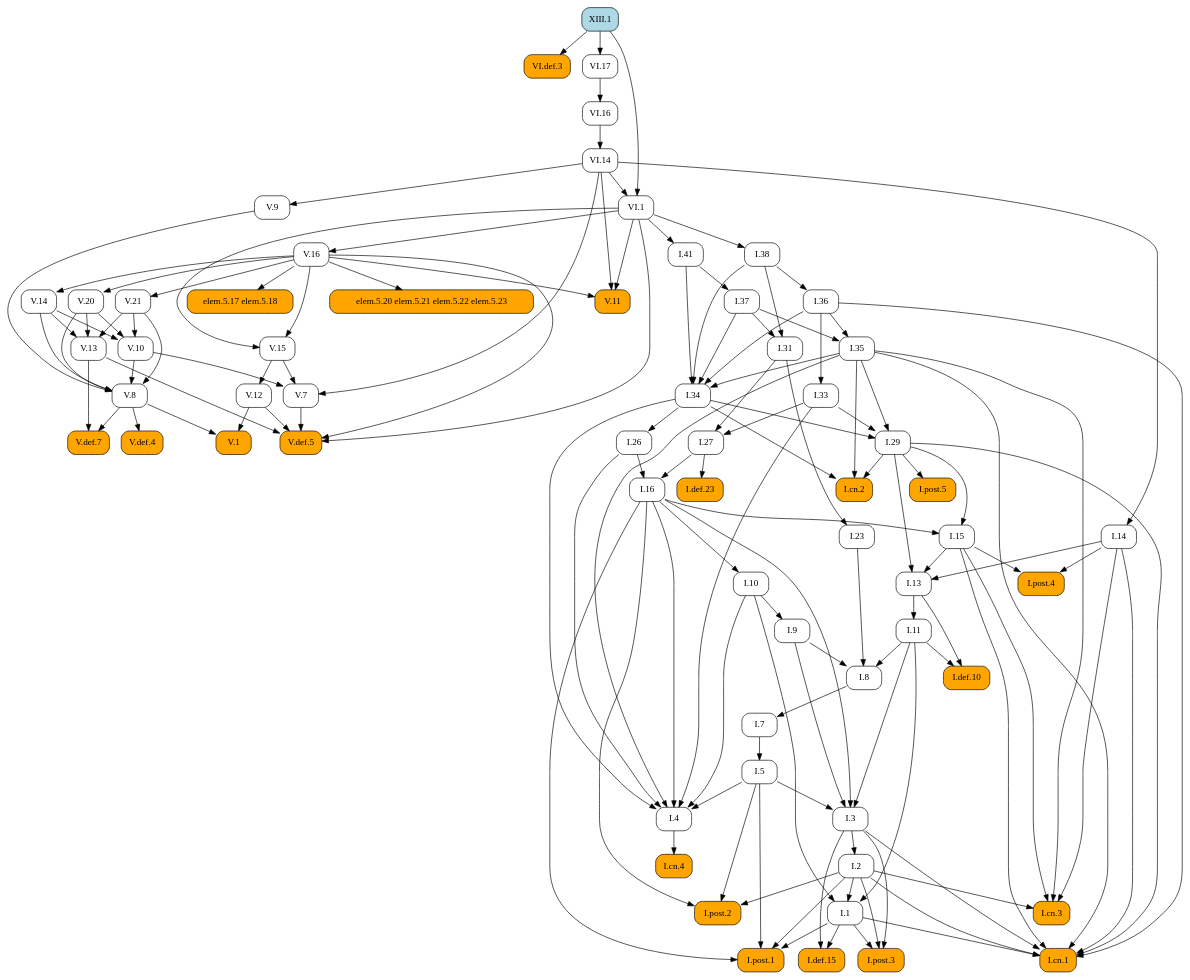
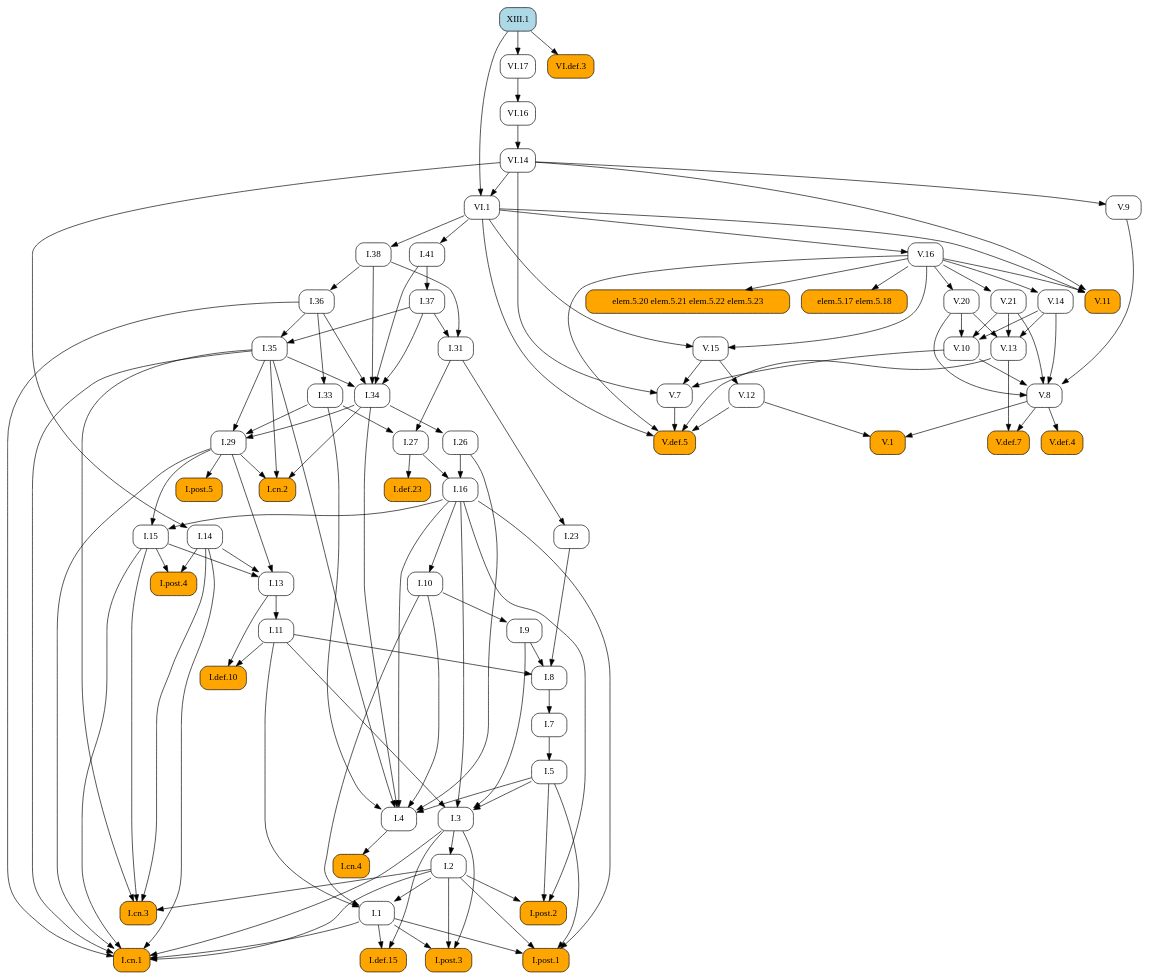
The diagram in docsrc/heath/XIII/1/index.rst (geometor/elements), drawn with Graphviz before and after one commit. The commit also changed other lines of this file and 1029 other files, not shown here.

```diff
--- a/docsrc/heath/XIII/1/index.rst
+++ b/docsrc/heath/XIII/1/index.rst
@@ -51,182 +51,109 @@
    digraph {
      rankdir="TB";
      node [shape=box, style=rounded];
-     "V.1" [style="rounded,filled", fillcolor=orange, URL="/heath/V/1/", target="_top"];
+     "I.def.10" [style="rounded,filled", fillcolor=orange, URL="/heath/I/def.10/", target="_top"];
+     "I.11" [URL="/heath/I/11/", target="_top"];
+     "I.post.4" [style="rounded,filled", fillcolor=orange, URL="/heath/I/post.4/", target="_top"];
+     "I.1" [URL="/heath/I/1/", target="_top"];
+     "I.26" [URL="/heath/I/26/", target="_top"];
+     "V.14" [URL="/heath/V/14/", target="_top"];
+     "V.def.5" [style="rounded,filled", fillcolor=orange, URL="/heath/V/def.5/", target="_top"];
+     "I.29" [URL="/heath/I/29/", target="_top"];
+     "V.12" [URL="/heath/V/12/", target="_top"];
+     "I.cn.2" [style="rounded,filled", fillcolor=orange, URL="/heath/I/cn.2/", target="_top"];
+     "V.20" [URL="/heath/V/20/", target="_top"];
+     "V.10" [URL="/heath/V/10/", target="_top"];
+     "V.11" [style="rounded,filled", fillcolor=orange, URL="/heath/V/11/", target="_top"];
+     "V.13" [URL="/heath/V/13/", target="_top"];
+     "I.def.15" [style="rounded,filled", fillcolor=orange, URL="/heath/I/def.15/", target="_top"];
+     "V.15" [URL="/heath/V/15/", target="_top"];
+     "VI.1" [URL="/heath/VI/1/", target="_top"];
+     "I.post.3" [style="rounded,filled", fillcolor=orange, URL="/heath/I/post.3/", target="_top"];
+     "I.cn.1" [style="rounded,filled", fillcolor=orange, URL="/heath/I/cn.1/", target="_top"];
      "I.cn.3" [style="rounded,filled", fillcolor=orange, URL="/heath/I/cn.3/", target="_top"];
-     "I.29" [URL="/heath/I/29/", target="_top"];
-     "I.7" [URL="/heath/I/7/", target="_top"];
+     "V.7" [URL="/heath/V/7/", target="_top"];
+     "VI.17" [URL="/heath/VI/17/", target="_top"];
+     "I.14" [URL="/heath/I/14/", target="_top"];
+     "V.16" [URL="/heath/V/16/", target="_top"];
+     "V.9" [URL="/heath/V/9/", target="_top"];
+     "I.23" [URL="/heath/I/23/", target="_top"];
+     "XIII.1" [style="rounded,filled", fillcolor=lightblue, URL="/heath/XIII/1/", target="_top"];
+     "I.post.1" [style="rounded,filled", fillcolor=orange, URL="/heath/I/post.1/", target="_top"];
+     "I.35" [URL="/heath/I/35/", target="_top"];
+     "I.41" [URL="/heath/I/41/", target="_top"];
+     "I.36" [URL="/heath/I/36/", target="_top"];
      "I.27" [URL="/heath/I/27/", target="_top"];
-     "I.38" [URL="/heath/I/38/", target="_top"];
-     "V.16" [URL="/heath/V/16/", target="_top"];
-     "V.15" [URL="/heath/V/15/", target="_top"];
+     "V.8" [URL="/heath/V/8/", target="_top"];
      "I.37" [URL="/heath/I/37/", target="_top"];
      "I.34" [URL="/heath/I/34/", target="_top"];
-     "V.20" [URL="/heath/V/20/", target="_top"];
+     "I.7" [URL="/heath/I/7/", target="_top"];
+     "I.3" [URL="/heath/I/3/", target="_top"];
+     "I.2" [URL="/heath/I/2/", target="_top"];
+     "I.4" [URL="/heath/I/4/", target="_top"];
+     "I.def.23" [style="rounded,filled", fillcolor=orange, URL="/heath/I/def.23/", target="_top"];
+     "I.13" [URL="/heath/I/13/", target="_top"];
+     "I.33" [URL="/heath/I/33/", target="_top"];
+     "I.31" [URL="/heath/I/31/", target="_top"];
+     "I.post.2" [style="rounded,filled", fillcolor=orange, URL="/heath/I/post.2/", target="_top"];
+     "V.1" [style="rounded,filled", fillcolor=orange, URL="/heath/V/1/", target="_top"];
+     "I.16" [URL="/heath/I/16/", target="_top"];
+     "elem.5.20 elem.5.21 elem.5.22 elem.5.23" [style="rounded,filled", fillcolor=orange];
+     "elem.5.17 elem.5.18" [style="rounded,filled", fillcolor=orange];
+     "VI.def.3" [style="rounded,filled", fillcolor=orange, URL="/heath/VI/def.3/", target="_top"];
+     "I.9" [URL="/heath/I/9/", target="_top"];
      "I.8" [URL="/heath/I/8/", target="_top"];
-     "I.def.23" [style="rounded,filled", fillcolor=orange, URL="/heath/I/def.23/", target="_top"];
-     "I.9" [URL="/heath/I/9/", target="_top"];
+     "I.cn.4" [style="rounded,filled", fillcolor=orange, URL="/heath/I/cn.4/", target="_top"];
+     "VI.16" [URL="/heath/VI/16/", target="_top"];
+     "VI.14" [URL="/heath/VI/14/", target="_top"];
      "V.def.4" [style="rounded,filled", fillcolor=orange, URL="/heath/V/def.4/", target="_top"];
+     "I.15" [URL="/heath/I/15/", target="_top"];
+     "I.post.5" [style="rounded,filled", fillcolor=orange, URL="/heath/I/post.5/", target="_top"];
+     "I.38" [URL="/heath/I/38/", target="_top"];
+     "V.def.7" [style="rounded,filled", fillcolor=orange, URL="/heath/V/def.7/", target="_top"];
+     "I.10" [URL="/heath/I/10/", target="_top"];
+     "I.5" [URL="/heath/I/5/", target="_top"];
      "V.21" [URL="/heath/V/21/", target="_top"];
-     "VI.def.3" [style="rounded,filled", fillcolor=orange, URL="/heath/VI/def.3/", target="_top"];
-     "V.8" [URL="/heath/V/8/", target="_top"];
-     "I.post.4" [style="rounded,filled", fillcolor=orange, URL="/heath/I/post.4/", target="_top"];
-     "I.2" [URL="/heath/I/2/", target="_top"];
-     "V.7" [URL="/heath/V/7/", target="_top"];
-     "I.1" [URL="/heath/I/1/", target="_top"];
-     "I.def.15" [style="rounded,filled", fillcolor=orange, URL="/heath/I/def.15/", target="_top"];
-     "V.13" [URL="/heath/V/13/", target="_top"];
-     "I.post.1" [style="rounded,filled", fillcolor=orange, URL="/heath/I/post.1/", target="_top"];
-     "VI.17" [URL="/heath/VI/17/", target="_top"];
-     "VI.14" [URL="/heath/VI/14/", target="_top"];
-     "I.cn.4" [style="rounded,filled", fillcolor=orange, URL="/heath/I/cn.4/", target="_top"];
-     "I.26" [URL="/heath/I/26/", target="_top"];
-     "I.33" [URL="/heath/I/33/", target="_top"];
-     "V.def.7" [style="rounded,filled", fillcolor=orange, URL="/heath/V/def.7/", target="_top"];
-     "elem.5.20 elem.5.21 elem.5.22 elem.5.23" [style="rounded,filled", fillcolor=orange];
-     "I.23" [URL="/heath/I/23/", target="_top"];
-     "I.13" [URL="/heath/I/13/", target="_top"];
-     "I.cn.2" [style="rounded,filled", fillcolor=orange, URL="/heath/I/cn.2/", target="_top"];
-     "I.5" [URL="/heath/I/5/", target="_top"];
-     "I.11" [URL="/heath/I/11/", target="_top"];
-     "V.10" [URL="/heath/V/10/", target="_top"];
-     "I.10" [URL="/heath/I/10/", target="_top"];
-     "I.4" [URL="/heath/I/4/", target="_top"];
-     "I.3" [URL="/heath/I/3/", target="_top"];
-     "I.16" [URL="/heath/I/16/", target="_top"];
-     "VI.16" [URL="/heath/VI/16/", target="_top"];
-     "I.31" [URL="/heath/I/31/", target="_top"];
-     "I.def.10" [style="rounded,filled", fillcolor=orange, URL="/heath/I/def.10/", target="_top"];
-     "V.11" [style="rounded,filled", fillcolor=orange, URL="/heath/V/11/", target="_top"];
-     "I.post.2" [style="rounded,filled", fillcolor=orange, URL="/heath/I/post.2/", target="_top"];
-     "I.post.3" [style="rounded,filled", fillcolor=orange, URL="/heath/I/post.3/", target="_top"];
-     "VI.1" [URL="/heath/VI/1/", target="_top"];
-     "V.9" [URL="/heath/V/9/", target="_top"];
-     "I.post.5" [style="rounded,filled", fillcolor=orange, URL="/heath/I/post.5/", target="_top"];
-     "elem.5.17 elem.5.18" [style="rounded,filled", fillcolor=orange];
-     "I.14" [URL="/heath/I/14/", target="_top"];
-     "I.36" [URL="/heath/I/36/", target="_top"];
-     "V.12" [URL="/heath/V/12/", target="_top"];
-     "I.35" [URL="/heath/I/35/", target="_top"];
-     "I.15" [URL="/heath/I/15/", target="_top"];
-     "I.cn.1" [style="rounded,filled", fillcolor=orange, URL="/heath/I/cn.1/", target="_top"];
-     "I.41" [URL="/heath/I/41/", target="_top"];
-     "XIII.1" [style="rounded,filled", fillcolor=lightblue, URL="/heath/XIII/1/", target="_top"];
-     "V.def.5" [style="rounded,filled", fillcolor=orange, URL="/heath/V/def.5/", target="_top"];
-     "V.14" [URL="/heath/V/14/", target="_top"];
-     "V.8" -> "V.1";
-     "V.12" -> "V.1";
-     "I.2" -> "I.cn.3";
-     "I.14" -> "I.cn.3";
-     "I.15" -> "I.cn.3";
-     "I.35" -> "I.cn.3";
+     "I.11" -> "I.def.10";
+     "I.13" -> "I.def.10";
+     "I.13" -> "I.11";
+     "I.14" -> "I.post.4";
+     "I.15" -> "I.post.4";
+     "I.2" -> "I.1";
+     "I.10" -> "I.1";
+     "I.11" -> "I.1";
+     "I.34" -> "I.26";
+     "V.16" -> "V.14";
+     "V.7" -> "V.def.5";
+     "V.12" -> "V.def.5";
+     "V.13" -> "V.def.5";
+     "V.16" -> "V.def.5";
+     "VI.1" -> "V.def.5";
      "I.33" -> "I.29";
      "I.34" -> "I.29";
      "I.35" -> "I.29";
-     "I.8" -> "I.7";
-     "I.31" -> "I.27";
-     "I.33" -> "I.27";
-     "VI.1" -> "I.38";
-     "VI.1" -> "V.16";
-     "V.16" -> "V.15";
-     "VI.1" -> "V.15";
-     "I.41" -> "I.37";
-     "I.35" -> "I.34";
-     "I.36" -> "I.34";
-     "I.37" -> "I.34";
-     "I.38" -> "I.34";
-     "I.41" -> "I.34";
+     "V.15" -> "V.12";
+     "I.29" -> "I.cn.2";
+     "I.34" -> "I.cn.2";
+     "I.35" -> "I.cn.2";
      "V.16" -> "V.20";
-     "I.9" -> "I.8";
-     "I.11" -> "I.8";
-     "I.23" -> "I.8";
-     "I.27" -> "I.def.23";
-     "I.10" -> "I.9";
-     "V.8" -> "V.def.4";
-     "V.16" -> "V.21";
-     "XIII.1" -> "VI.def.3";
-     "V.9" -> "V.8";
-     "V.10" -> "V.8";
-     "V.14" -> "V.8";
-     "V.20" -> "V.8";
-     "V.21" -> "V.8";
-     "I.14" -> "I.post.4";
-     "I.15" -> "I.post.4";
-     "I.3" -> "I.2";
-     "V.10" -> "V.7";
-     "V.15" -> "V.7";
-     "VI.14" -> "V.7";
-     "I.2" -> "I.1";
-     "I.10" -> "I.1";
-     "I.11" -> "I.1";
-     "I.1" -> "I.def.15";
-     "I.3" -> "I.def.15";
+     "V.14" -> "V.10";
+     "V.20" -> "V.10";
+     "V.21" -> "V.10";
+     "V.16" -> "V.11";
+     "VI.1" -> "V.11";
+     "VI.14" -> "V.11";
      "V.14" -> "V.13";
      "V.20" -> "V.13";
      "V.21" -> "V.13";
-     "I.1" -> "I.post.1";
-     "I.2" -> "I.post.1";
-     "I.5" -> "I.post.1";
-     "I.16" -> "I.post.1";
-     "XIII.1" -> "VI.17";
-     "VI.16" -> "VI.14";
-     "I.4" -> "I.cn.4";
-     "I.34" -> "I.26";
-     "I.36" -> "I.33";
-     "V.8" -> "V.def.7";
-     "V.13" -> "V.def.7";
-     "V.16" -> "elem.5.20 elem.5.21 elem.5.22 elem.5.23";
-     "I.31" -> "I.23";
-     "I.14" -> "I.13";
-     "I.15" -> "I.13";
-     "I.29" -> "I.13";
-     "I.29" -> "I.cn.2";
-     "I.34" -> "I.cn.2";
-     "I.35" -> "I.cn.2";
-     "I.7" -> "I.5";
-     "I.13" -> "I.11";
-     "V.14" -> "V.10";
-     "V.20" -> "V.10";
-     "V.21" -> "V.10";
-     "I.16" -> "I.10";
-     "I.5" -> "I.4";
-     "I.10" -> "I.4";
-     "I.16" -> "I.4";
-     "I.26" -> "I.4";
-     "I.33" -> "I.4";
-     "I.34" -> "I.4";
-     "I.35" -> "I.4";
-     "I.5" -> "I.3";
-     "I.9" -> "I.3";
-     "I.11" -> "I.3";
-     "I.16" -> "I.3";
-     "I.26" -> "I.16";
-     "I.27" -> "I.16";
-     "VI.17" -> "VI.16";
-     "I.37" -> "I.31";
-     "I.38" -> "I.31";
-     "I.11" -> "I.def.10";
-     "I.13" -> "I.def.10";
-     "V.16" -> "V.11";
-     "VI.1" -> "V.11";
-     "VI.14" -> "V.11";
-     "I.2" -> "I.post.2";
-     "I.5" -> "I.post.2";
-     "I.16" -> "I.post.2";
+     "I.1" -> "I.def.15";
+     "I.3" -> "I.def.15";
+     "V.16" -> "V.15";
+     "VI.1" -> "V.15";
+     "VI.14" -> "VI.1";
+     "XIII.1" -> "VI.1";
      "I.1" -> "I.post.3";
      "I.2" -> "I.post.3";
      "I.3" -> "I.post.3";
-     "VI.14" -> "VI.1";
-     "XIII.1" -> "VI.1";
-     "VI.14" -> "V.9";
-     "I.29" -> "I.post.5";
-     "V.16" -> "elem.5.17 elem.5.18";
-     "VI.14" -> "I.14";
-     "I.38" -> "I.36";
-     "V.15" -> "V.12";
-     "I.36" -> "I.35";
-     "I.37" -> "I.35";
-     "I.16" -> "I.15";
-     "I.29" -> "I.15";
      "I.1" -> "I.cn.1";
      "I.2" -> "I.cn.1";
      "I.3" -> "I.cn.1";
@@ -235,11 +162,84 @@
      "I.29" -> "I.cn.1";
      "I.35" -> "I.cn.1";
      "I.36" -> "I.cn.1";
+     "I.2" -> "I.cn.3";
+     "I.14" -> "I.cn.3";
+     "I.15" -> "I.cn.3";
+     "I.35" -> "I.cn.3";
+     "V.10" -> "V.7";
+     "V.15" -> "V.7";
+     "VI.14" -> "V.7";
+     "XIII.1" -> "VI.17";
+     "VI.14" -> "I.14";
+     "VI.1" -> "V.16";
+     "VI.14" -> "V.9";
+     "I.31" -> "I.23";
+     "I.1" -> "I.post.1";
+     "I.2" -> "I.post.1";
+     "I.5" -> "I.post.1";
+     "I.16" -> "I.post.1";
+     "I.36" -> "I.35";
+     "I.37" -> "I.35";
      "VI.1" -> "I.41";
-     "V.7" -> "V.def.5";
-     "V.12" -> "V.def.5";
-     "V.13" -> "V.def.5";
-     "V.16" -> "V.def.5";
-     "VI.1" -> "V.def.5";
-     "V.16" -> "V.14";
+     "I.38" -> "I.36";
+     "I.31" -> "I.27";
+     "I.33" -> "I.27";
+     "V.9" -> "V.8";
+     "V.10" -> "V.8";
+     "V.14" -> "V.8";
+     "V.20" -> "V.8";
+     "V.21" -> "V.8";
+     "I.41" -> "I.37";
+     "I.35" -> "I.34";
+     "I.36" -> "I.34";
+     "I.37" -> "I.34";
+     "I.38" -> "I.34";
+     "I.41" -> "I.34";
+     "I.8" -> "I.7";
+     "I.5" -> "I.3";
+     "I.9" -> "I.3";
+     "I.11" -> "I.3";
+     "I.16" -> "I.3";
+     "I.3" -> "I.2";
+     "I.5" -> "I.4";
+     "I.10" -> "I.4";
+     "I.16" -> "I.4";
+     "I.26" -> "I.4";
+     "I.33" -> "I.4";
+     "I.34" -> "I.4";
+     "I.35" -> "I.4";
+     "I.27" -> "I.def.23";
+     "I.14" -> "I.13";
+     "I.15" -> "I.13";
+     "I.29" -> "I.13";
+     "I.36" -> "I.33";
+     "I.37" -> "I.31";
+     "I.38" -> "I.31";
+     "I.2" -> "I.post.2";
+     "I.5" -> "I.post.2";
+     "I.16" -> "I.post.2";
+     "V.8" -> "V.1";
+     "V.12" -> "V.1";
+     "I.26" -> "I.16";
+     "I.27" -> "I.16";
+     "V.16" -> "elem.5.20 elem.5.21 elem.5.22 elem.5.23";
+     "V.16" -> "elem.5.17 elem.5.18";
+     "XIII.1" -> "VI.def.3";
+     "I.10" -> "I.9";
+     "I.9" -> "I.8";
+     "I.11" -> "I.8";
+     "I.23" -> "I.8";
+     "I.4" -> "I.cn.4";
+     "VI.17" -> "VI.16";
+     "VI.16" -> "VI.14";
+     "V.8" -> "V.def.4";
+     "I.16" -> "I.15";
+     "I.29" -> "I.15";
+     "I.29" -> "I.post.5";
+     "VI.1" -> "I.38";
+     "V.8" -> "V.def.7";
+     "V.13" -> "V.def.7";
+     "I.16" -> "I.10";
+     "I.7" -> "I.5";
+     "V.16" -> "V.21";
    }
```
